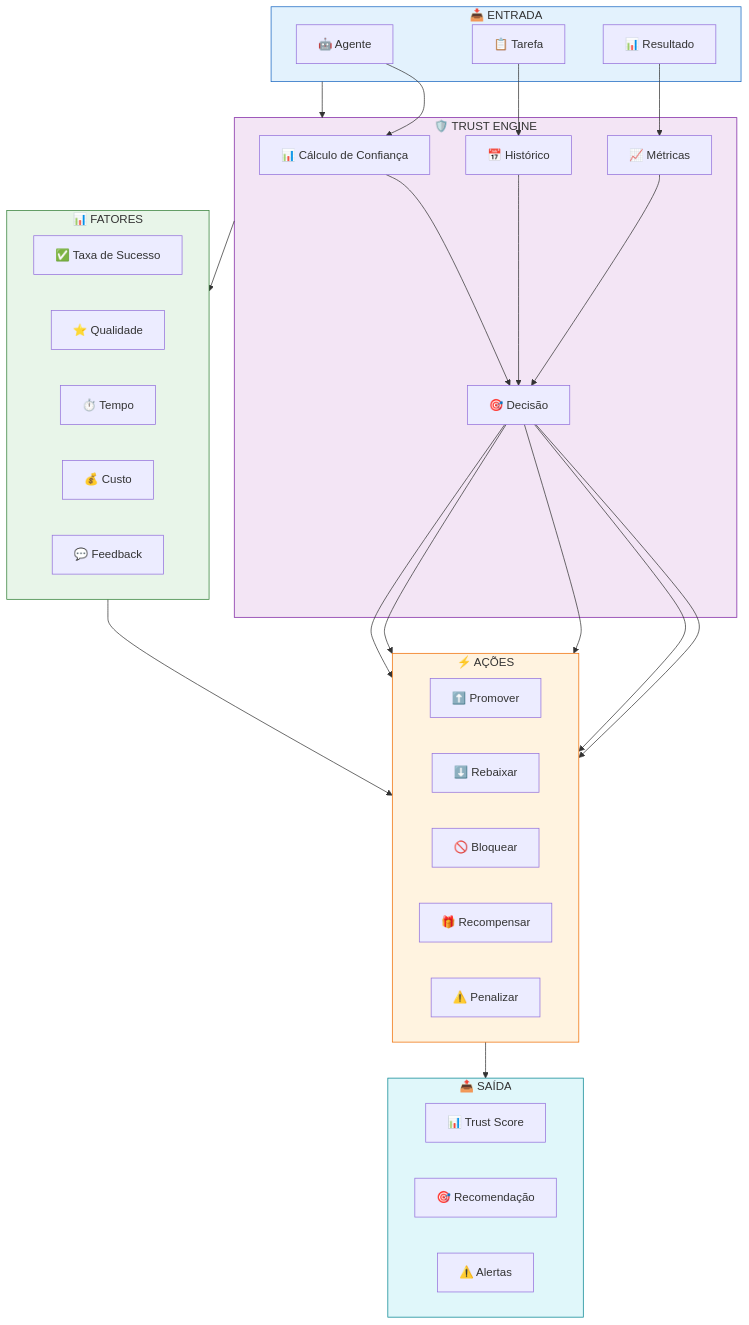
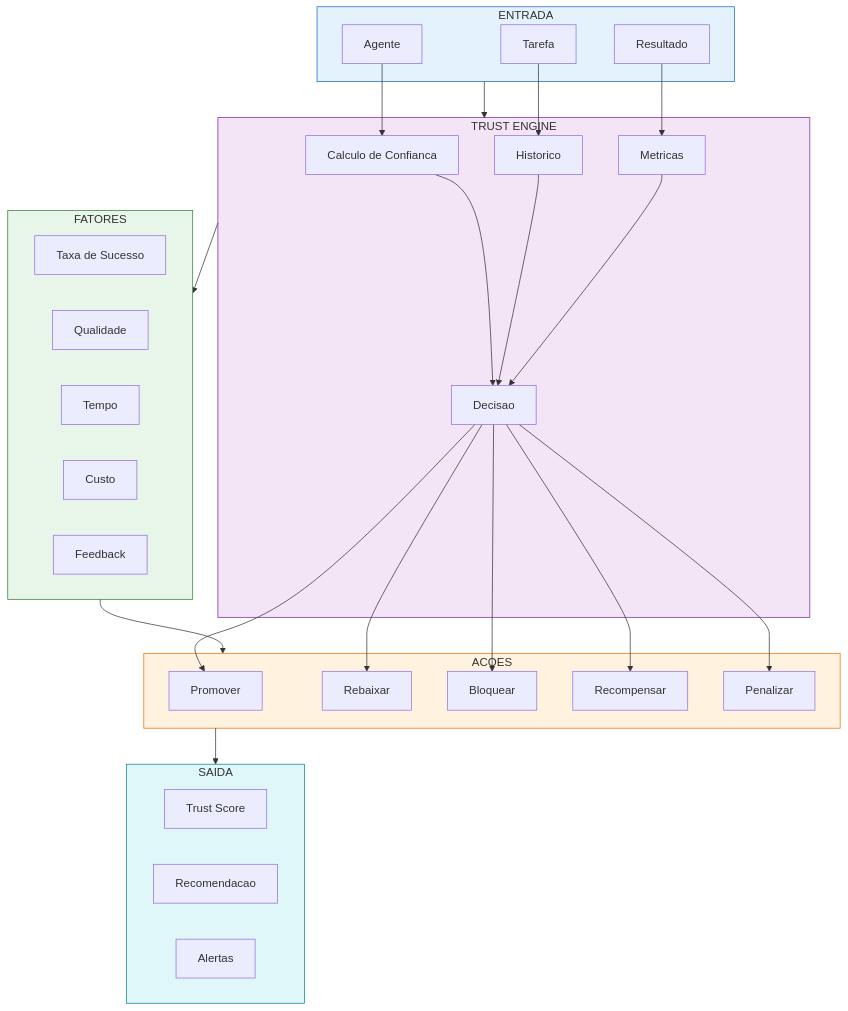
Before and after one commit to MarceloClaro/opencode-ecosystem-core: diagram 19 of 22 in README.md, drawn with Mermaid. The commit also changed other lines of this file, not shown here.

````diff
--- a/README.md
+++ b/README.md
@@ -1256,64 +1133,62 @@
 ```mermaid
 flowchart TD
-    subgraph INPUT5 ["📥 ENTRADA"]
-        AGENT3["🤖 Agente"]
-        TASK2["📋 Tarefa"]
-        RESULT3["📊 Resultado"]
+    subgraph INPUT5 ["ENTRADA"]
+        AGENT2["Agente"]
+        TASK2["Tarefa"]
+        RESULT2["Resultado"]
     end
 
-    subgraph TRUST_ENGINE ["🛡️ TRUST ENGINE"]
-        CALC["📊 Cálculo de Confiança"]
-        HISTORY["📅 Histórico"]
-        METRICS2["📈 Métricas"]
-        DECISION["🎯 Decisão"]
+    subgraph TRUST_ENGINE ["TRUST ENGINE"]
+        CALC["Calculo de Confianca"]
+        HISTORY["Historico"]
+        METRICS2["Metricas"]
+        DECISION["Decisao"]
     end
 
-    subgraph FACTORS ["📊 FATORES"]
-        direction LR
-        SUCESSO["✅ Taxa de Sucesso"]
-        QUALIDADE["⭐ Qualidade"]
-        TEMPO["⏱️ Tempo"]
-        CUSTO["💰 Custo"]
-        FEEDBACK2["💬 Feedback"]
+    subgraph FACTORS ["FATORES"]
+        SUCESSO["Taxa de Sucesso"]
+        QUALIDADE["Qualidade"]
+        TEMPO["Tempo"]
+        CUSTO["Custo"]
+        FEEDBACK["Feedback"]
     end
 
-    subgraph ACTIONS ["⚡ AÇÕES"]
-        direction LR
-        PROMOTE["⬆️ Promover"]
-        DEMOTE["⬇️ Rebaixar"]
-        BLOCK["🚫 Bloquear"]
-        REWARD["🎁 Recompensar"]
-        PENALIZE["⚠️ Penalizar"]
+    subgraph ACTIONS ["ACOES"]
+        PROMOTE["Promover"]
+        DEMOTE["Rebaixar"]
+        BLOCK["Bloquear"]
+        REWARD["Recompensar"]
+        PENALIZE["Penalizar"]
     end
 
-    subgraph OUTPUT6 ["📤 SAÍDA"]
-        TRUST_SCORE["📊 Trust Score"]
-        RECOMMEND3["🎯 Recomendação"]
-        ALERT["⚠️ Alertas"]
+    subgraph OUTPUT5 ["SAIDA"]
+        TRUST_SCORE["Trust Score"]
+        RECOMMEND3["Recomendacao"]
+        ALERT["Alertas"]
     end
 
     INPUT5 --> TRUST_ENGINE
     TRUST_ENGINE --> FACTORS
     FACTORS --> ACTIONS
-    ACTIONS --> OUTPUT6
+    ACTIONS --> OUTPUT5
 
-    AGENT3 --> CALC
+    AGENT2 --> CALC
     TASK2 --> HISTORY
-    RESULT3 --> METRICS2
+    RESULT2 --> METRICS2
 
     CALC --> DECISION
     HISTORY --> DECISION
     METRICS2 --> DECISION
 
     DECISION --> PROMOTE
     DECISION --> DEMOTE
     DECISION --> BLOCK
     DECISION --> REWARD
     DECISION --> PENALIZE
 
     style INPUT5 fill:#e3f2fd,stroke:#1565c0
     style TRUST_ENGINE fill:#f3e5f5,stroke:#7b1fa2
     style FACTORS fill:#e8f5e9,stroke:#2e7d32
     style ACTIONS fill:#fff3e0,stroke:#ef6c00
-    style OUTPUT6 fill:#e0f7fa,stroke:#00838f
+    style OUTPUT5 fill:#e0f7fa,stroke:#00838f
 ```
````
